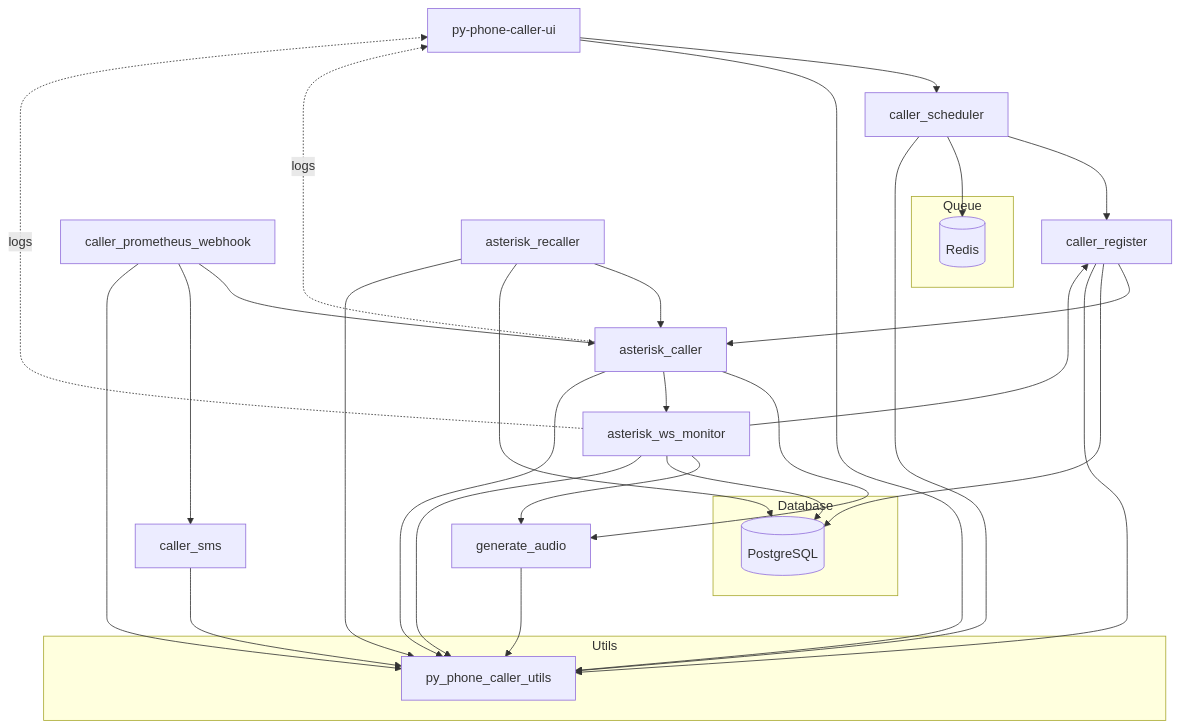
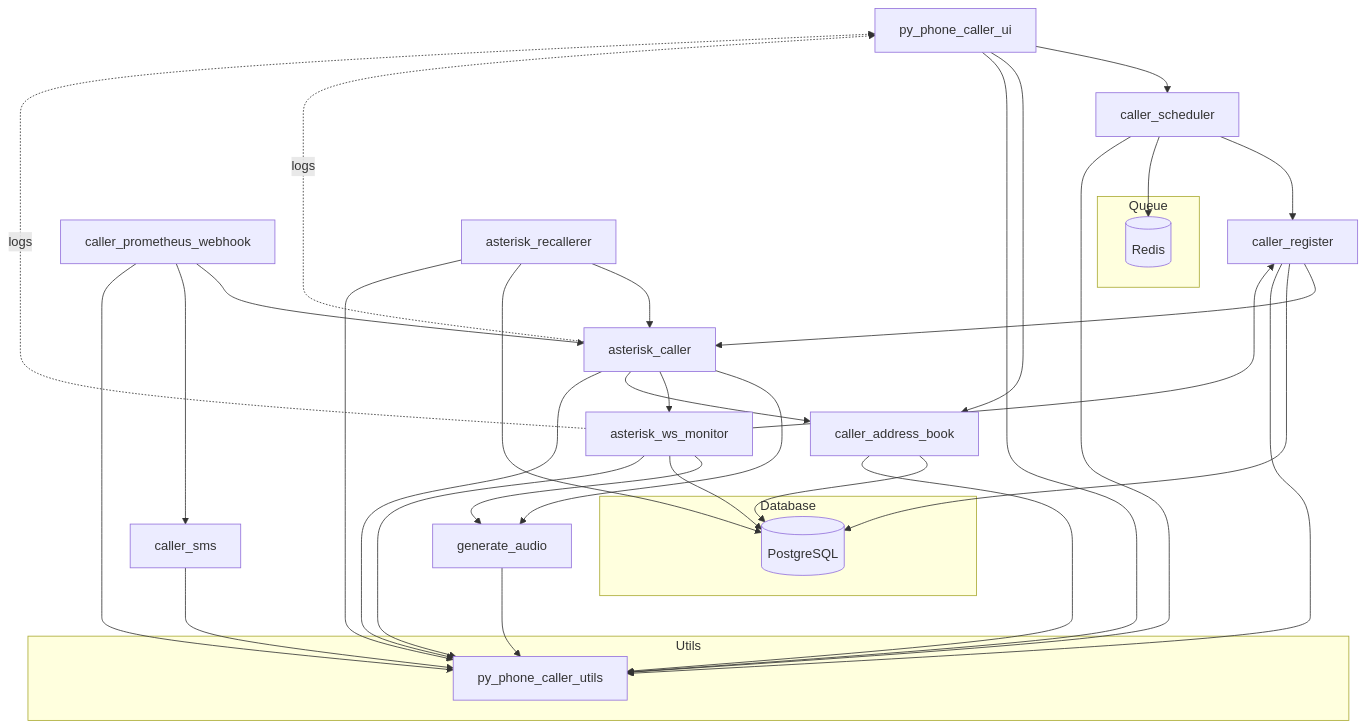
Before and after one commit to jcfdeb/py-phone-caller: the first of 21 diagrams in docs/py-phone-caller_2025.05.md, drawn with Mermaid. The commit also changed other lines of this file and 217 other files, not shown here.

````diff
--- a/docs/py-phone-caller_2025.05.md
+++ b/docs/py-phone-caller_2025.05.md
@@ -32,48 +41,52 @@
 ```mermaid
 graph TD
-    UI[py-phone-caller-ui] --> CS[caller_scheduler]
+    UI[py_phone_caller_ui] --> CS[caller_scheduler]
+    UI --> CAB[caller_address_book]
     AC[asterisk_caller] -.logs.-> UI
     WSM[asterisk_ws_monitor] -.logs.-> UI
 
     PW[caller_prometheus_webhook] --> AC
     PW --> SMS[caller_sms]
 
     CR[caller_register] --> AC
     CS --> CR
 
     AC --> GA[generate_audio]
     AC --> WSM
+    AC --> CAB
 
     WSM --> GA
     WSM --> CR
 
-    AR[asterisk_recaller] --> AC
+    AR[asterisk_recallerer] --> AC
 
     subgraph Database
         DB[(PostgreSQL)]
     end
 
     CR --> DB
     WSM --> DB
     AR --> DB
+    CAB --> DB
 
     subgraph Queue
         RQ[(Redis)]
     end
 
     CS --> RQ
 
     subgraph Utils
         PCU[py_phone_caller_utils]
     end
 
     AC --> PCU
     AR --> PCU
     WSM --> PCU
     PW --> PCU
     CR --> PCU
     CS --> PCU
     SMS --> PCU
     GA --> PCU
     UI --> PCU
+    CAB --> PCU
 ```
````
